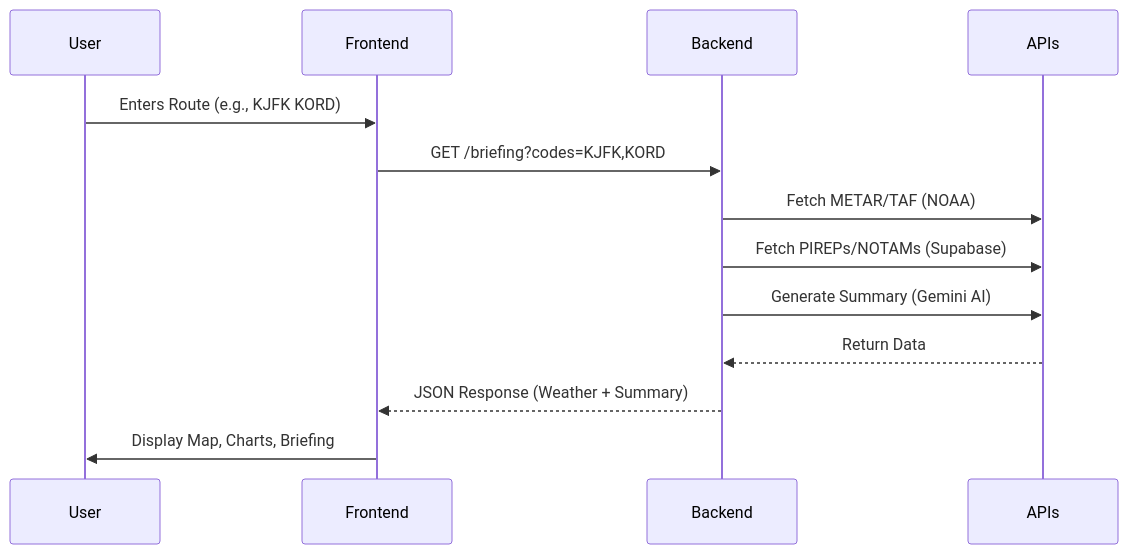
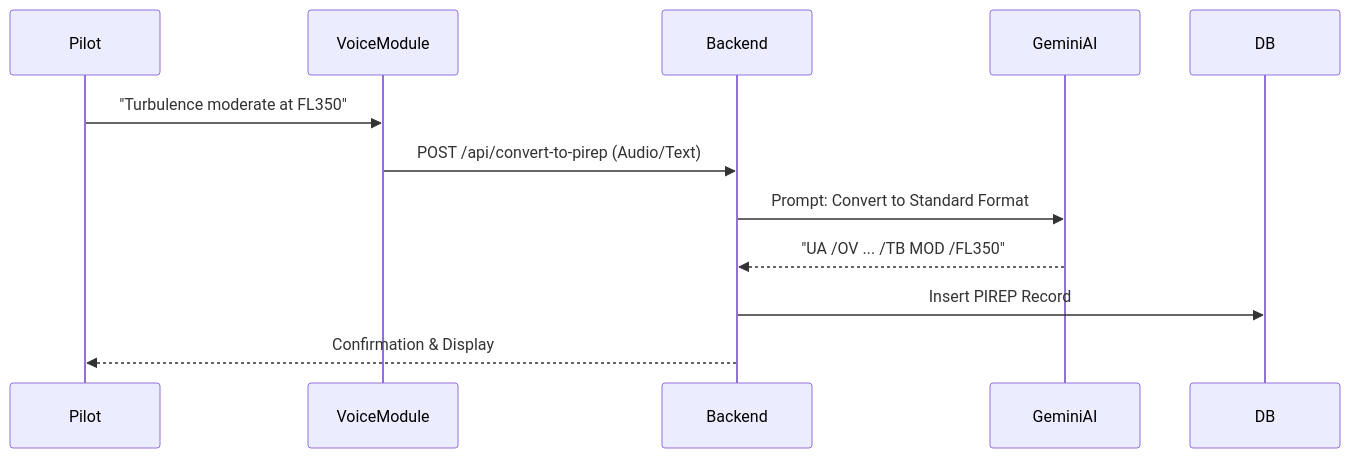
One commit to Adv41t/apacheai-flight-brief changed the third of 3 diagrams in README.md. Above: the diagram before and after it, drawn with Mermaid. The commit also changed other lines of this file, not shown here.

````diff
--- a/README.md
+++ b/README.md
@@ -67,16 +90,15 @@
 ```mermaid
 sequenceDiagram
-    participant User
-    participant Frontend
+    participant Pilot
+    participant VoiceModule
     participant Backend
-    participant APIs
-    
-    User->>Frontend: Enters Route (e.g., KJFK KORD)
-    Frontend->>Backend: GET /briefing?codes=KJFK,KORD
-    Backend->>APIs: Fetch METAR/TAF (NOAA)
-    Backend->>APIs: Fetch PIREPs/NOTAMs (Supabase)
-    Backend->>APIs: Generate Summary (Gemini AI)
-    APIs-->>Backend: Return Data
-    Backend-->>Frontend: JSON Response (Weather + Summary)
-    Frontend->>User: Display Map, Charts, Briefing
+    participant GeminiAI
+    participant DB
+
+    Pilot->>VoiceModule: "Turbulence moderate at FL350"
+    VoiceModule->>Backend: POST /api/convert-to-pirep (Audio/Text)
+    Backend->>GeminiAI: Prompt: Convert to Standard Format
+    GeminiAI-->>Backend: "UA /OV ... /TB MOD /FL350"
+    Backend->>DB: Insert PIREP Record
+    Backend-->>Pilot: Confirmation & Display
 ```
````
